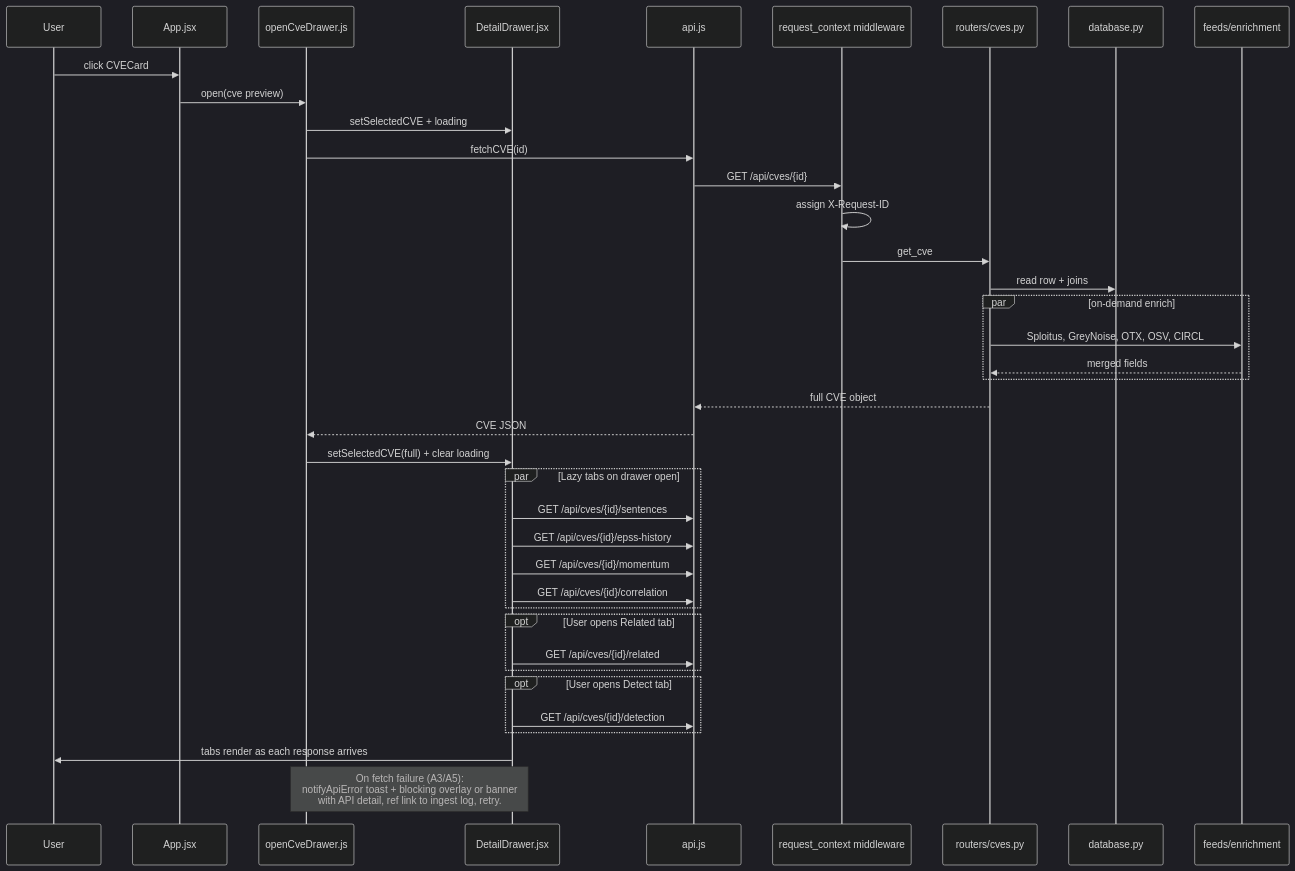
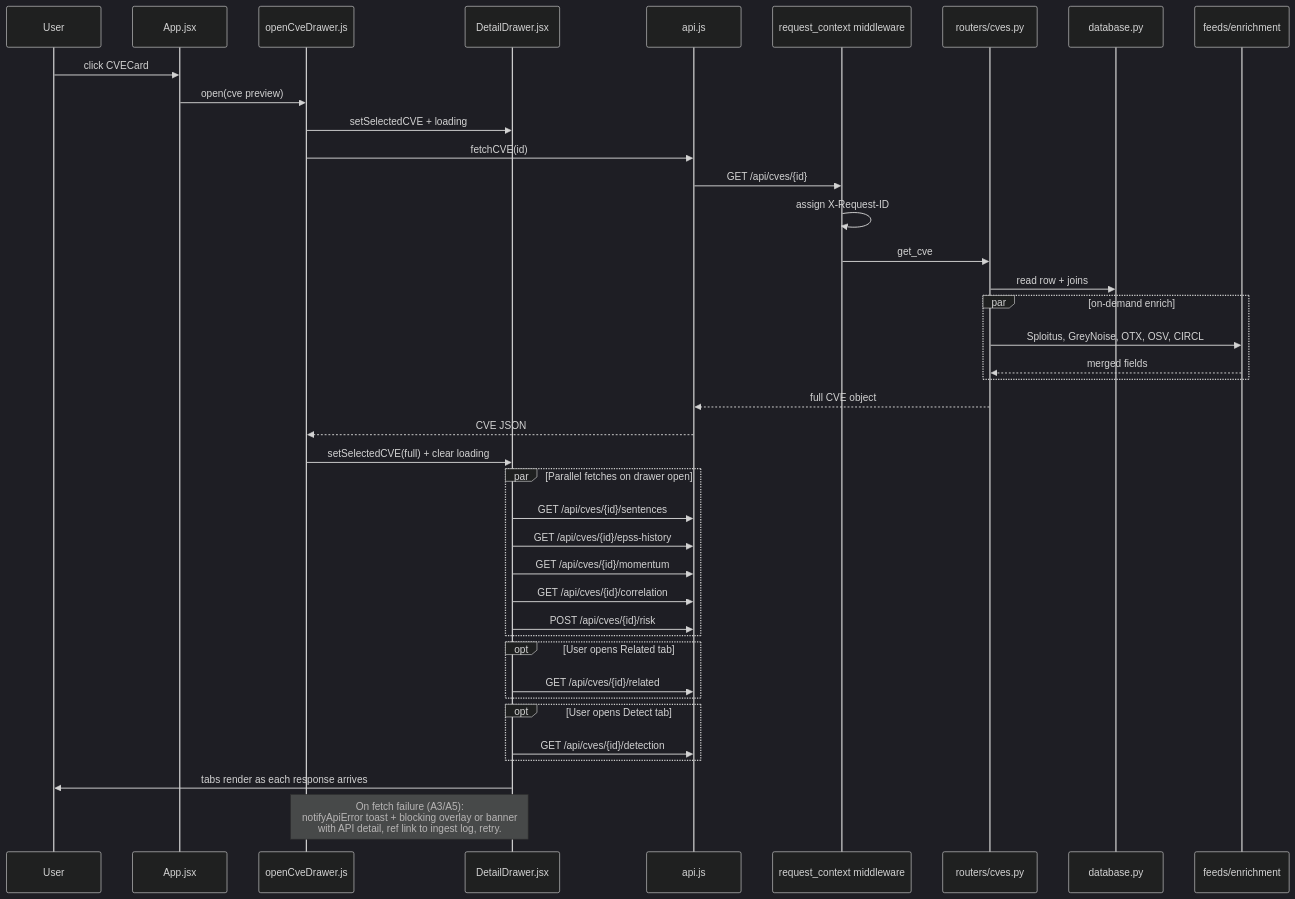
One commit to Soldier0x0/briefr changed the diagram in docs/diagrams/flow_cve_detail.mermaid. Above: the diagram before and after it, drawn with Mermaid (dark theme). The commit also changed 7 other files, not shown here.

First line of the commit message:
fix: address Gemini review on diagram PR (#268)

```diff
--- a/docs/diagrams/flow_cve_detail.mermaid
+++ b/docs/diagrams/flow_cve_detail.mermaid
@@ -1,45 +1,46 @@
 sequenceDiagram
   participant User
   participant App as App.jsx
   participant Ctrl as openCveDrawer.js
   participant Drawer as DetailDrawer.jsx
   participant APIjs as api.js
   participant MW as request_context middleware
   participant R as routers/cves.py
   participant DB as database.py
   participant Ext as feeds/enrichment
 
   User->>App: click CVECard
   App->>Ctrl: open(cve preview)
   Ctrl->>Drawer: setSelectedCVE + loading
   Ctrl->>APIjs: fetchCVE(id)
   APIjs->>MW: GET /api/cves/{id}
   MW->>MW: assign X-Request-ID
   MW->>R: get_cve
   R->>DB: read row + joins
   par on-demand enrich
     R->>Ext: Sploitus, GreyNoise, OTX, OSV, CIRCL
     Ext-->>R: merged fields
   end
   R-->>APIjs: full CVE object
   APIjs-->>Ctrl: CVE JSON
   Ctrl->>Drawer: setSelectedCVE(full) + clear loading
 
-  par Lazy tabs on drawer open
+  par Parallel fetches on drawer open
     Drawer->>APIjs: GET /api/cves/{id}/sentences
     Drawer->>APIjs: GET /api/cves/{id}/epss-history
     Drawer->>APIjs: GET /api/cves/{id}/momentum
     Drawer->>APIjs: GET /api/cves/{id}/correlation
+    Drawer->>APIjs: POST /api/cves/{id}/risk
   end
 
   opt User opens Related tab
     Drawer->>APIjs: GET /api/cves/{id}/related
   end
 
   opt User opens Detect tab
     Drawer->>APIjs: GET /api/cves/{id}/detection
   end
 
   Drawer->>User: tabs render as each response arrives
 
   Note over Ctrl,Drawer: On fetch failure (A3/A5):<br/>notifyApiError toast + blocking overlay or banner<br/>with API detail, ref link to ingest log, retry.
```
